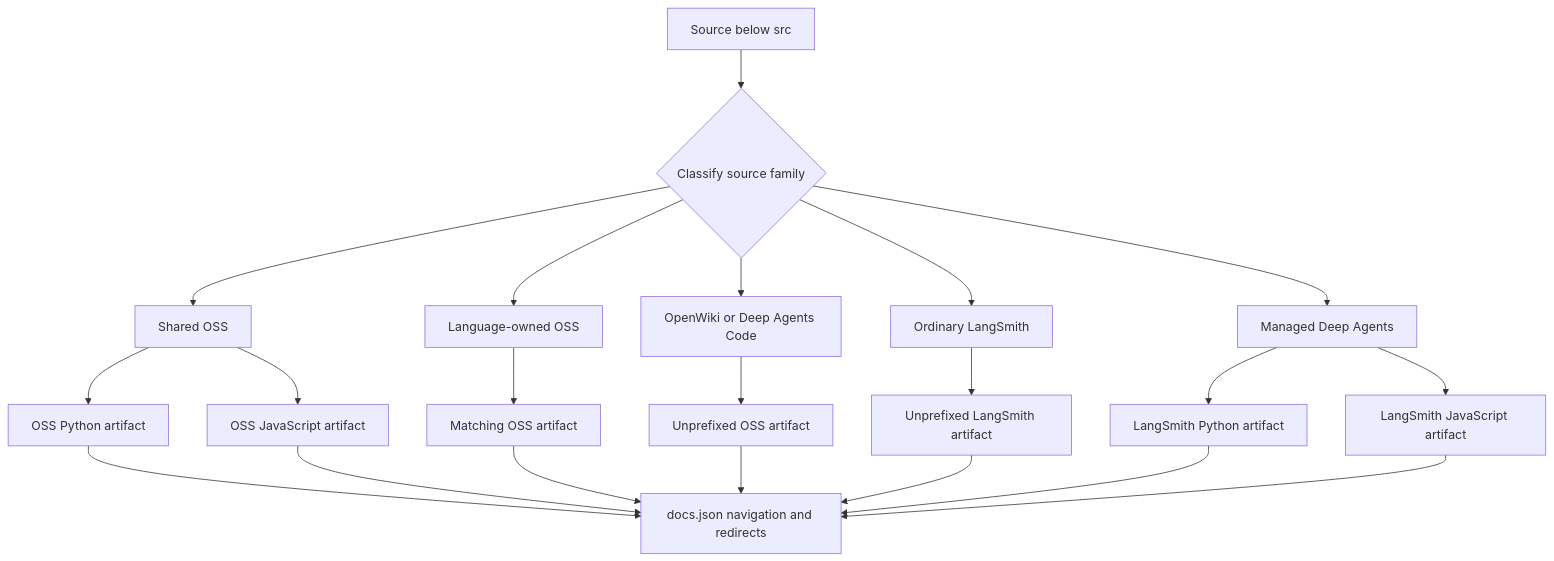
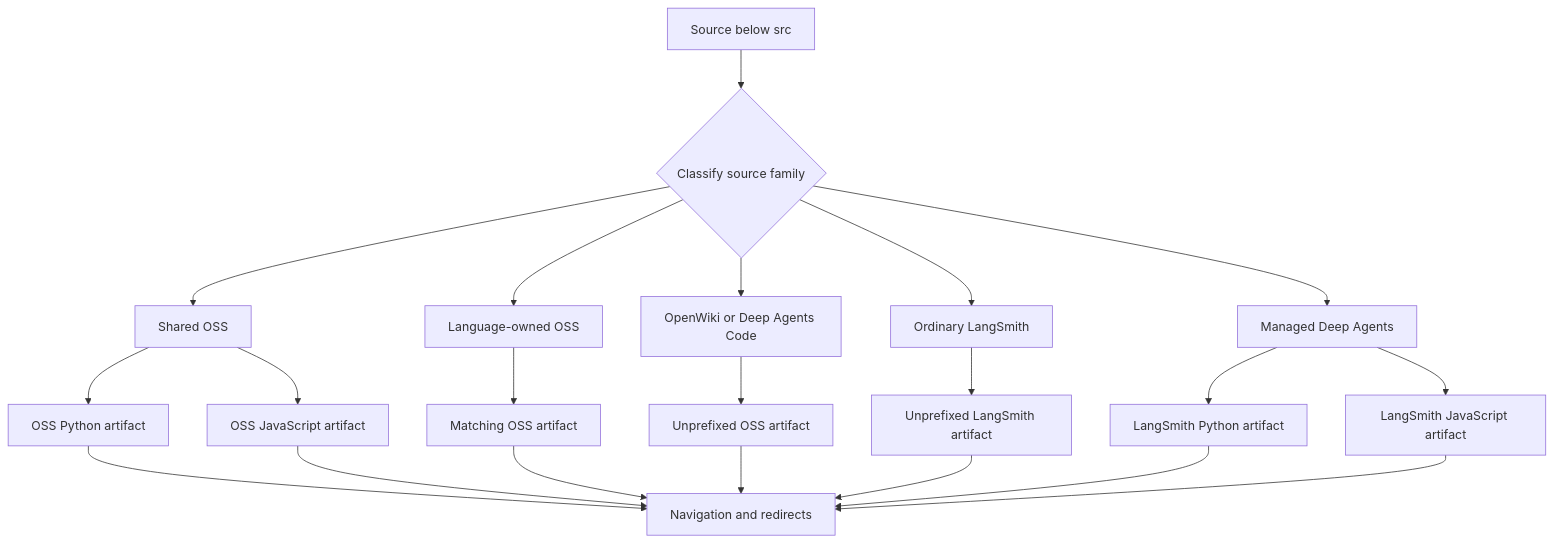
The first of 2 diagrams in openwiki/concepts/versioning.md (langchain-ai/docs), drawn with Mermaid before and after one commit. The commit also changed other lines of this file and 15 other files, not shown here.

````diff
--- a/openwiki/concepts/versioning.md
+++ b/openwiki/concepts/versioning.md
@@ -41,23 +46,23 @@
 ```mermaid
 flowchart TD
     Source["Source below src"] --> Family{"Classify source family"}
     Family --> Shared["Shared OSS"]
     Shared --> PyOss["OSS Python artifact"]
     Shared --> JsOss["OSS JavaScript artifact"]
     Family --> Owned["Language-owned OSS"]
     Owned --> OneOss["Matching OSS artifact"]
     Family --> Product["OpenWiki or Deep Agents Code"]
     Product --> PlainProduct["Unprefixed OSS artifact"]
     Family --> LangSmith["Ordinary LangSmith"]
     LangSmith --> PlainLangSmith["Unprefixed LangSmith artifact"]
     Family --> Managed["Managed Deep Agents"]
     Managed --> PyManaged["LangSmith Python artifact"]
     Managed --> JsManaged["LangSmith JavaScript artifact"]
-    PyOss --> Config["docs.json navigation and redirects"]
-    JsOss --> Config
-    OneOss --> Config
-    PlainProduct --> Config
-    PlainLangSmith --> Config
-    PyManaged --> Config
-    JsManaged --> Config
+    PyOss --> Configure["Navigation and redirects"]
+    JsOss --> Configure
+    OneOss --> Configure
+    PlainProduct --> Configure
+    PlainLangSmith --> Configure
+    PyManaged --> Configure
+    JsManaged --> Configure
 ```
````
